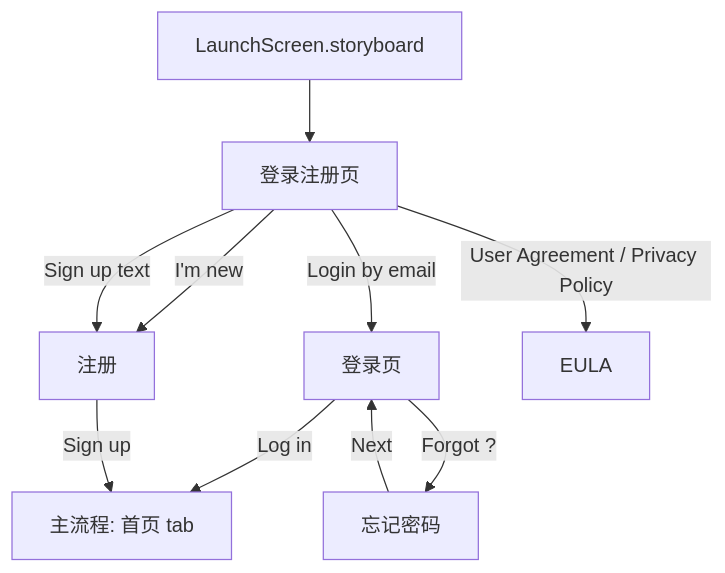
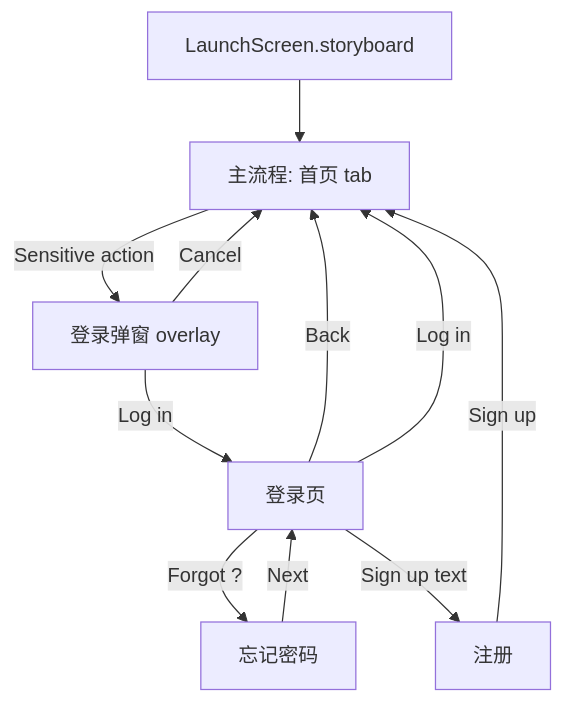
One commit to muyifeiyangcc/Morvi changed the first of 8 diagrams in Docs/NavigationFlow.md. Above: the diagram before and after it, drawn with Mermaid. The commit also changed other lines of this file and 2 other files, not shown here.

Commit message:
Document auth gate navigation

````diff
--- a/Docs/NavigationFlow.md
+++ b/Docs/NavigationFlow.md
@@ -15,12 +15,13 @@
 ```mermaid
 flowchart TD
-    Launch["LaunchScreen.storyboard"] --> Entry["登录注册页"]
-    Entry -->|Login by email| SignIn["登录页"]
-    Entry -->|I'm new| SignUp["注册"]
-    Entry -->|Sign up text| SignUp
-    Entry -->|User Agreement / Privacy Policy| EULA["EULA"]
+    Launch["LaunchScreen.storyboard"] --> Main["主流程: 首页 tab"]
+    Main -->|Sensitive action| AccessGate["登录弹窗 overlay"]
+    AccessGate -->|Cancel| Main
+    AccessGate -->|Log in| SignIn["登录页"]
+    SignIn -->|Back| Main
     SignIn -->|Log in| Main["主流程: 首页 tab"]
     SignIn -->|Forgot ?| ResetAccess["忘记密码"]
+    SignIn -->|Sign up text| SignUp["注册"]
     SignUp -->|Sign up| Main
     ResetAccess -->|Next| SignIn
 ```
````
